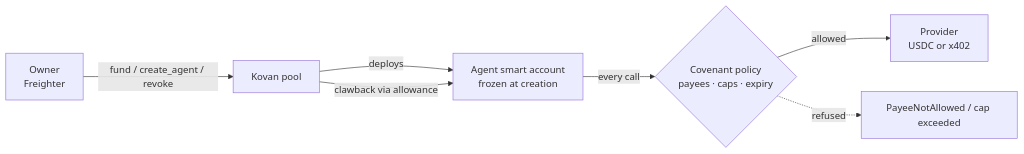
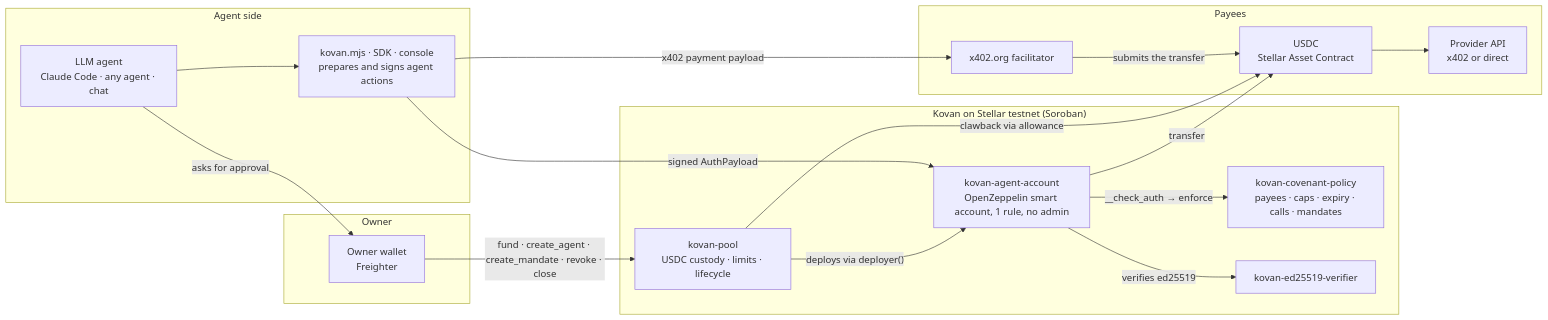
Before and after one commit to kovan-protocol/kovan: the first of 5 diagrams in README.md, drawn with Mermaid. The commit also changed other lines of this file, not shown here.

Commit message:
[ai] README: architecture, flows, specs, API reference and security model

````diff
--- a/README.md
+++ b/README.md
@@ -44,9 +155,37 @@
 ```mermaid
 flowchart LR
-  O[Owner<br/>Freighter] -- fund / create_agent / revoke --> P[Kovan pool]
-  P -- deploys --> A[Agent smart account<br/>frozen at creation]
-  A -- every call --> C{Covenant policy<br/>payees · caps · expiry}
-  C -- allowed --> X[Provider<br/>USDC or x402]
-  C -. refused .-> R[PayeeNotAllowed / cap exceeded]
-  P -- clawback via allowance --> A
+  subgraph Humans["Owner"]
+    O["Owner wallet<br/>Freighter"]
+  end
+
+  subgraph Agents["Agent side"]
+    L["LLM agent<br/>Claude Code · any agent · chat"]
+    T["kovan.mjs · SDK · console<br/>prepares and signs agent actions"]
+  end
+
+  subgraph Kovan["Kovan on Stellar testnet (Soroban)"]
+    P["kovan-pool<br/>USDC custody · limits · lifecycle"]
+    A["kovan-agent-account<br/>OpenZeppelin smart account, 1 rule, no admin"]
+    C["kovan-covenant-policy<br/>payees · caps · expiry · calls · mandates"]
+    V["kovan-ed25519-verifier"]
+  end
+
+  subgraph Rails["Payees"]
+    U["USDC<br/>Stellar Asset Contract"]
+    F["x402.org facilitator"]
+    X["Provider API<br/>x402 or direct"]
+  end
+
+  L -- "asks for approval" --> O
+  O -- "fund · create_agent · create_mandate · revoke · close" --> P
+  P -- "deploys via deployer()" --> A
+  L --> T
+  T -- "signed AuthPayload" --> A
+  A -- "__check_auth → enforce" --> C
+  A -- "verifies ed25519" --> V
+  A -- "transfer" --> U
+  U --> X
+  T -- "x402 payment payload" --> F
+  F -- "submits the transfer" --> U
+  P -- "clawback via allowance" --> U
 ```
````
